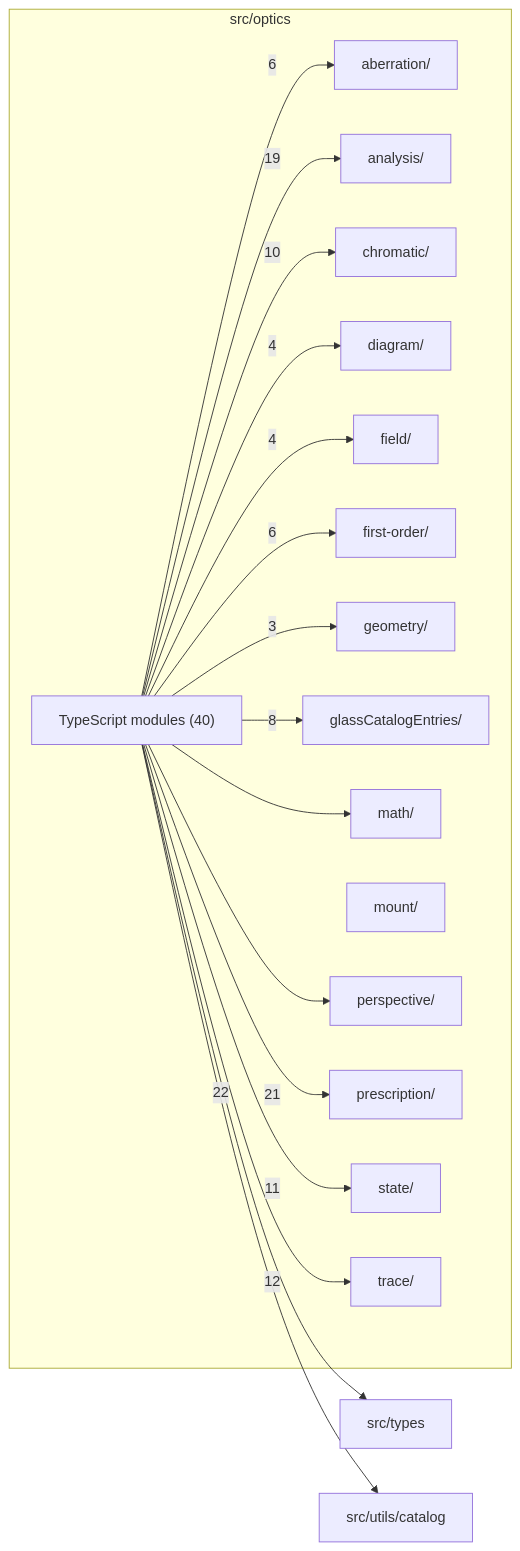
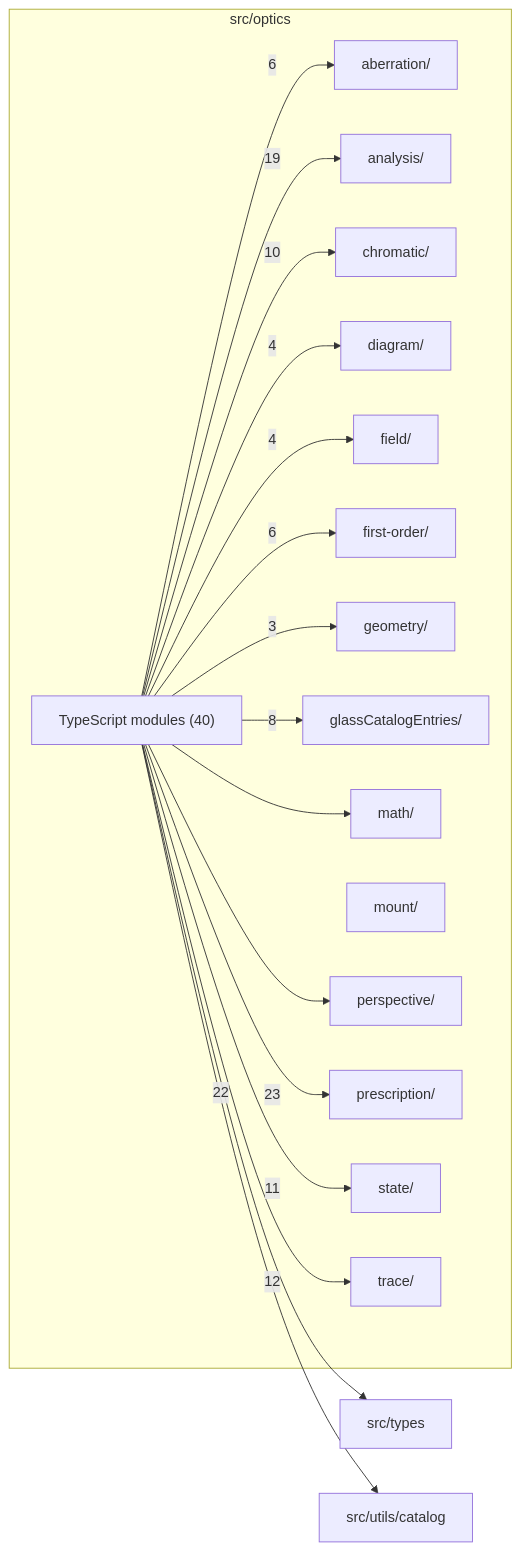
The diagram in src/optics/readme.md (BeamFour/LensVisualizer), drawn with Mermaid before and after one commit. The commit also changed other lines of this file and 39 other files, not shown here.

````diff
--- a/src/optics/readme.md
+++ b/src/optics/readme.md
@@ -9,37 +9,37 @@
 ```mermaid
 flowchart LR
   subgraph n_src_optics["src/optics"]
     n_src_optics_src_optics_aberration["aberration/"]
     n_src_optics_src_optics_analysis["analysis/"]
     n_src_optics_src_optics_chromatic["chromatic/"]
     n_src_optics_src_optics_diagram["diagram/"]
     n_src_optics_src_optics_field["field/"]
     n_src_optics_src_optics_first_order["first-order/"]
     n_src_optics_src_optics_geometry["geometry/"]
     n_src_optics_src_optics_glassCatalogEntries["glassCatalogEntries/"]
     n_src_optics_src_optics_math["math/"]
     n_src_optics_src_optics_mount["mount/"]
     n_src_optics_src_optics_perspective["perspective/"]
     n_src_optics_src_optics_prescription["prescription/"]
     n_src_optics_src_optics_state["state/"]
     n_src_optics_src_optics_trace["trace/"]
     n_src_optics_TypeScript_modules["TypeScript modules (40)"]
   end
   n_external_src_types["src/types"]
   n_external_src_utils_catalog["src/utils/catalog"]
+  n_src_optics_TypeScript_modules --> |23| n_src_optics_src_optics_prescription
   n_src_optics_TypeScript_modules --> |22| n_external_src_types
-  n_src_optics_TypeScript_modules --> |21| n_src_optics_src_optics_prescription
   n_src_optics_TypeScript_modules --> |19| n_src_optics_src_optics_analysis
   n_src_optics_TypeScript_modules --> |12| n_src_optics_src_optics_trace
   n_src_optics_TypeScript_modules --> |11| n_src_optics_src_optics_state
   n_src_optics_TypeScript_modules --> |10| n_src_optics_src_optics_chromatic
   n_src_optics_TypeScript_modules --> |8| n_src_optics_src_optics_glassCatalogEntries
   n_src_optics_TypeScript_modules --> |6| n_src_optics_src_optics_aberration
   n_src_optics_TypeScript_modules --> |6| n_src_optics_src_optics_first_order
   n_src_optics_TypeScript_modules --> |4| n_src_optics_src_optics_diagram
   n_src_optics_TypeScript_modules --> |4| n_src_optics_src_optics_field
   n_src_optics_TypeScript_modules --> |3| n_src_optics_src_optics_geometry
   n_src_optics_TypeScript_modules --> n_external_src_utils_catalog
   n_src_optics_TypeScript_modules --> n_src_optics_src_optics_math
   n_src_optics_TypeScript_modules --> n_src_optics_src_optics_perspective
 ```
````
